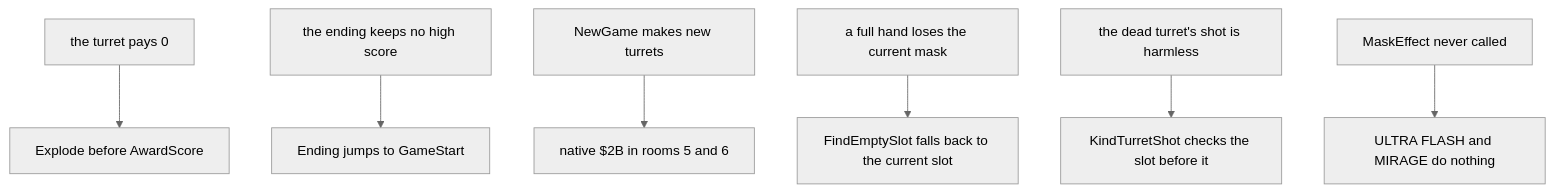
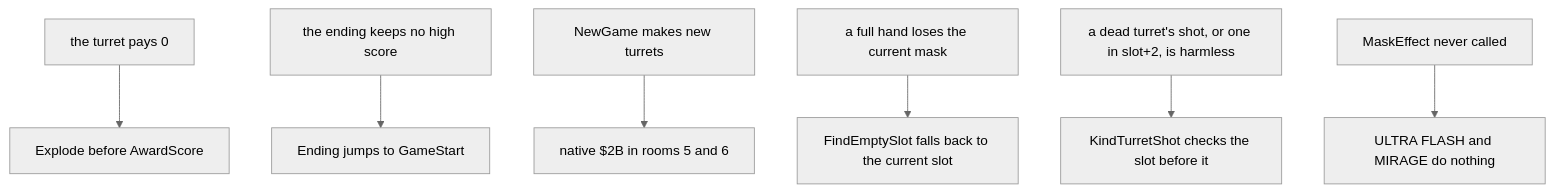
Diagram 21 of 22 in games/mask-iii/docs/10-gameplay-logic.md (alfishe/unrealng-reverse-cases), drawn with Mermaid (neutral theme) before and after one commit. The commit also changed other lines of this file and 36 other files, not shown here.

````diff
--- a/games/mask-iii/docs/10-gameplay-logic.md
+++ b/games/mask-iii/docs/10-gameplay-logic.md
@@ -1650,9 +1667,9 @@
 ```mermaid
 flowchart TD
     B1["the turret pays 0"] --> S1["Explode before AwardScore"]
     B2["the ending keeps no high score"] --> S2["Ending jumps to GameStart"]
     B3["NewGame makes new turrets"] --> S3["native $2B in rooms 5 and 6"]
     B4["a full hand loses the current mask"] --> S4["FindEmptySlot falls back to the current slot"]
-    B5["the dead turret's shot is harmless"] --> S5["KindTurretShot checks the slot before it"]
+    B5["a dead turret's shot, or one in slot+2, is harmless"] --> S5["KindTurretShot checks the slot before it"]
     B6["MaskEffect never called"] --> S6["ULTRA FLASH and MIRAGE do nothing"]
 ```
````
